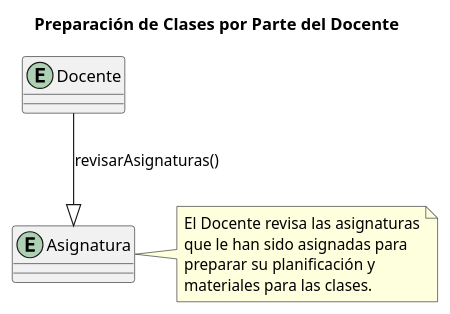
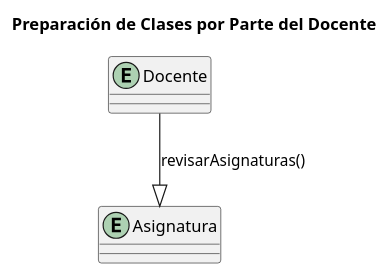
The diagram in Casos de Uso/Preparacion de clases por parte del docente.puml (mmasias/23-24-IdSw1-SDR), drawn with PlantUML before and after one commit.

Commit message:
Cambiando caso de uso Preparacion de clases por partes del docente

```diff
--- a/Casos de Uso/Preparacion de clases por parte del docente.puml
+++ b/Casos de Uso/Preparacion de clases por parte del docente.puml
@@ -1,16 +1,10 @@
 @startuml
 title Preparación de Clases por Parte del Docente
 
 entity Docente
 entity Asignatura
 
 Docente --|> Asignatura: revisarAsignaturas()
 
-note right of Asignatura
-  El Docente revisa las asignaturas
-  que le han sido asignadas para
-  preparar su planificación y
-  materiales para las clases.
-end note
 
 @enduml
```
